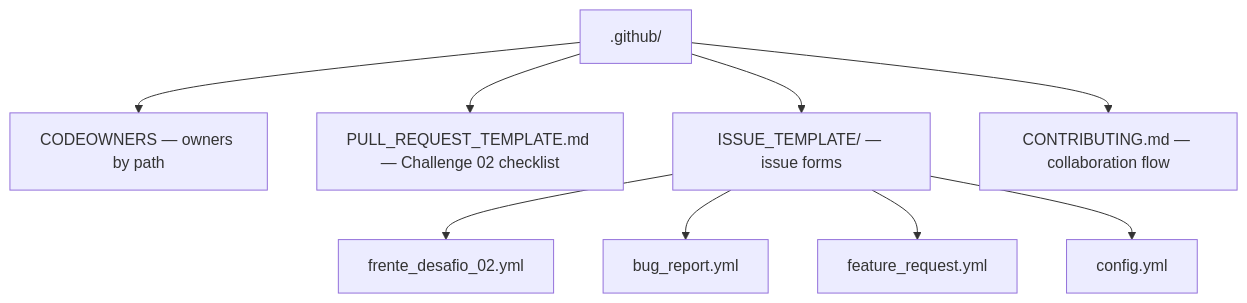
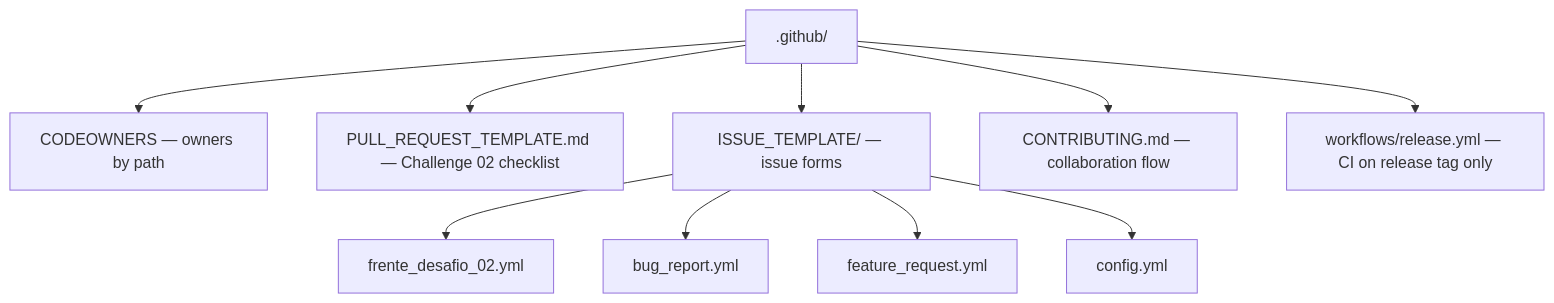
The diagram in .github/OVERVIEW.en.md (Spring-Boot-Java-s-Framework/arcanum-leque), drawn with Mermaid before and after one commit. The commit also changed other lines of this file and 2 other files, not shown here.

Commit message:
Features: Adding The Github Actions

````diff
--- a/.github/OVERVIEW.en.md
+++ b/.github/OVERVIEW.en.md
@@ -25,11 +25,12 @@
 ```mermaid
 flowchart TD
     G[".github/"] --> CO["CODEOWNERS — owners by path"]
     G --> PR["PULL_REQUEST_TEMPLATE.md — Challenge 02 checklist"]
     G --> IT["ISSUE_TEMPLATE/ — issue forms"]
     G --> CB["CONTRIBUTING.md — collaboration flow"]
+    G --> WF["workflows/release.yml — CI on release tag only"]
     IT --> F1["frente_desafio_02.yml"]
     IT --> F2["bug_report.yml"]
     IT --> F3["feature_request.yml"]
     IT --> F4["config.yml"]
 ```
````
